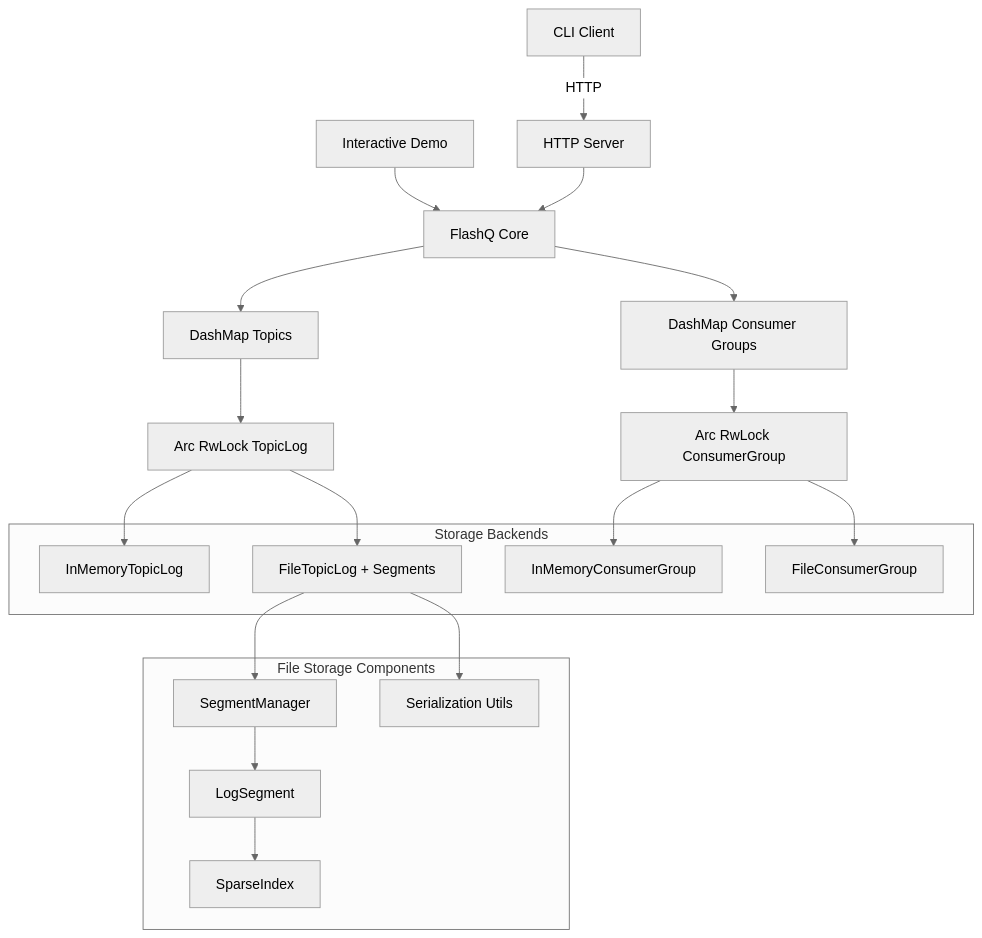
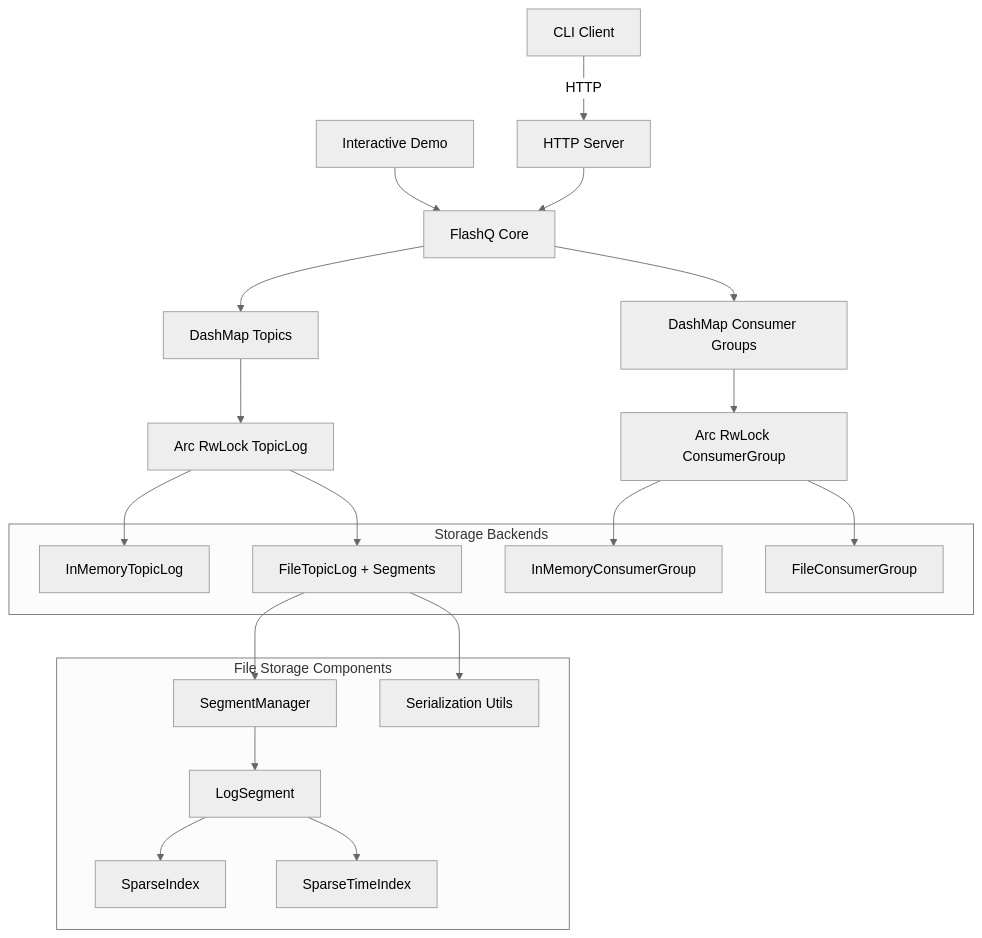
Before and after one commit to harshitmahapatra/flashq: the first of 2 diagrams in docs/architecture.md, drawn with Mermaid (neutral theme). The commit also changed other lines of this file and 39 other files, not shown here.

````diff
--- a/docs/architecture.md
+++ b/docs/architecture.md
@@ -7,36 +7,38 @@
 ```mermaid
 graph TD
     A[CLI Client] -->|HTTP| B[HTTP Server]
     C[Interactive Demo] --> D[FlashQ Core]
     B --> D
     
     D --> E[DashMap Topics]
     D --> F[DashMap Consumer Groups]
     
     E --> G[Arc RwLock TopicLog]
     F --> H[Arc RwLock ConsumerGroup]
     
     subgraph "Storage Backends"
         I[InMemoryTopicLog]
         J[FileTopicLog + Segments]
         K[InMemoryConsumerGroup]
         L[FileConsumerGroup]
     end
     
     subgraph "File Storage Components"
         M[SegmentManager]
         N[LogSegment]
         O[SparseIndex]
+        Q[SparseTimeIndex]
         P[Serialization Utils]
     end
     
     J --> M
     M --> N
     N --> O
+    N --> Q
     J --> P
     
     G --> I
     G --> J
     H --> K
     H --> L
 ```
````
